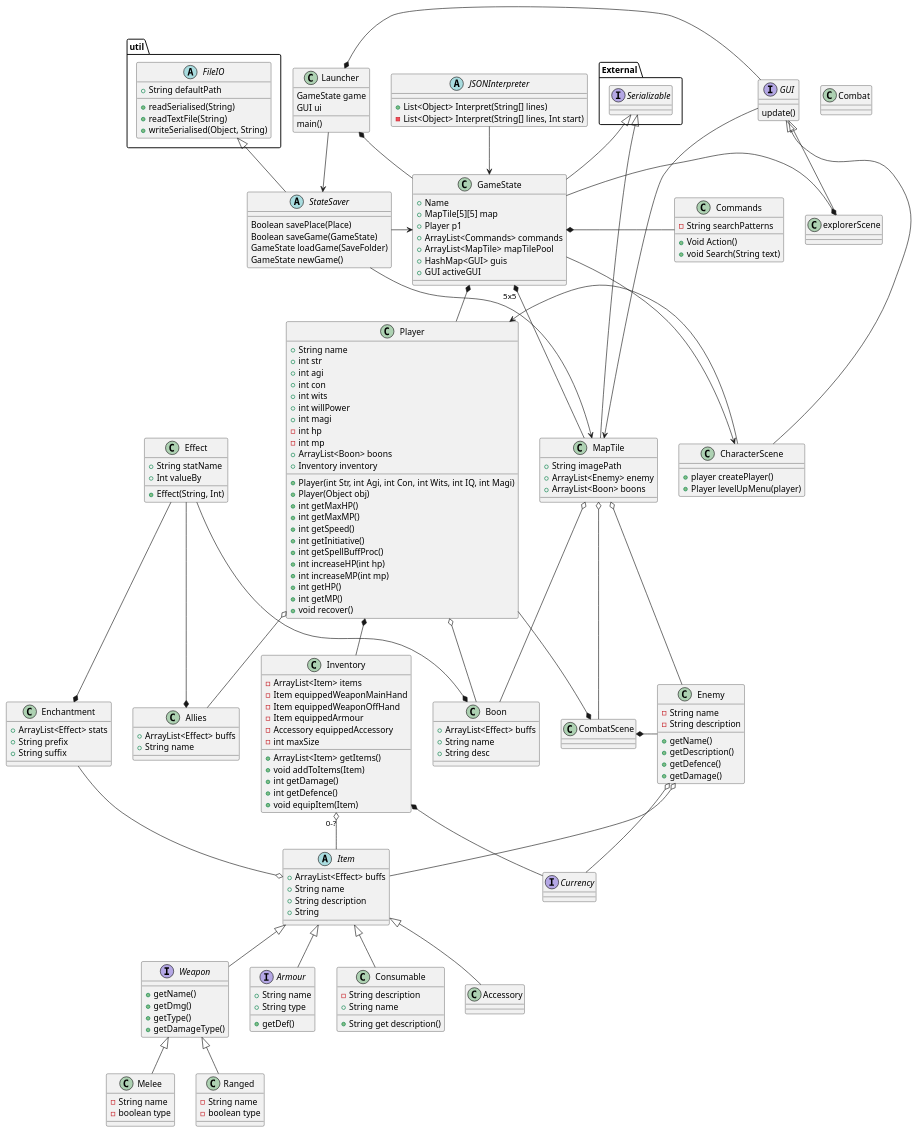
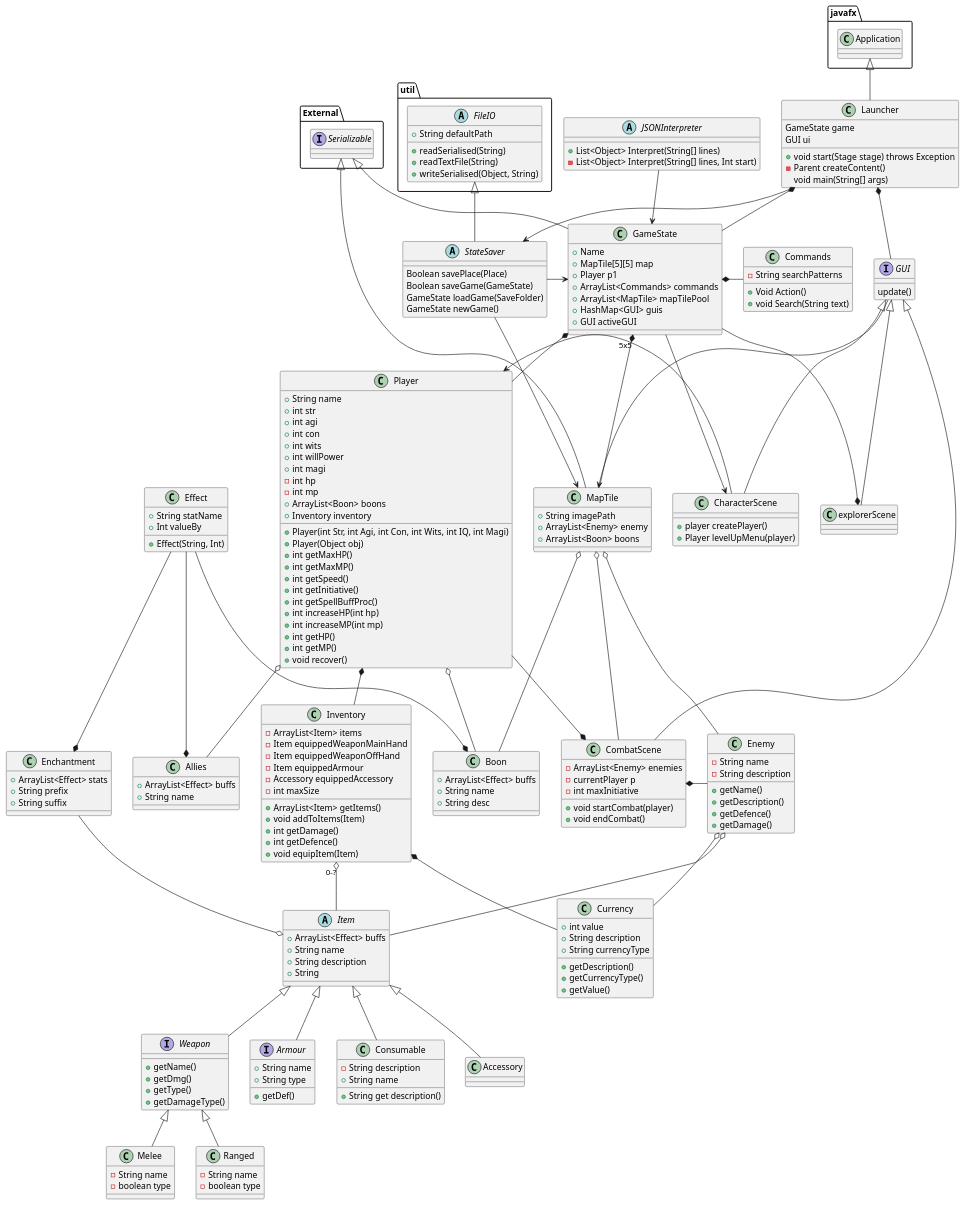
Before and after one commit to SirRolin/Philoshopers-ICE: the diagram in Documentation/klassediagram.puml, drawn with PlantUML.

Commit message:
Changes by nickl to class diagram Launcher

```diff
--- a/Documentation/klassediagram.puml
+++ b/Documentation/klassediagram.puml
@@ -1,8 +1,10 @@
 @startuml
 'https://plantuml.com/class-diagram
 
-class Launcher {
-    main()
+class Launcher extends javafx.Application {
+    + void start(Stage stage) throws Exception
+    - Parent createContent()
+    void main(String[] args)
     GameState game
     GUI ui
 }
@@ -136,7 +138,13 @@
     + String prefix
     + String suffix
 }
-interface Currency{
+class Currency{
+    + int value
+    + String description
+    + getDescription()
+    + String currencyType
+    + getCurrencyType()
+    + getValue()
 
 }
 class Enemy{
@@ -147,7 +155,13 @@
     + getDefence()
     + getDamage()
 }
-class Combat {
+class CombatScene extends GUI {
+    - ArrayList<Enemy> enemies
+    - currentPlayer p
+    - int maxInitiative
+    + void startCombat(player)
+    + void endCombat()
+
 
 }
 class Boon {
```
